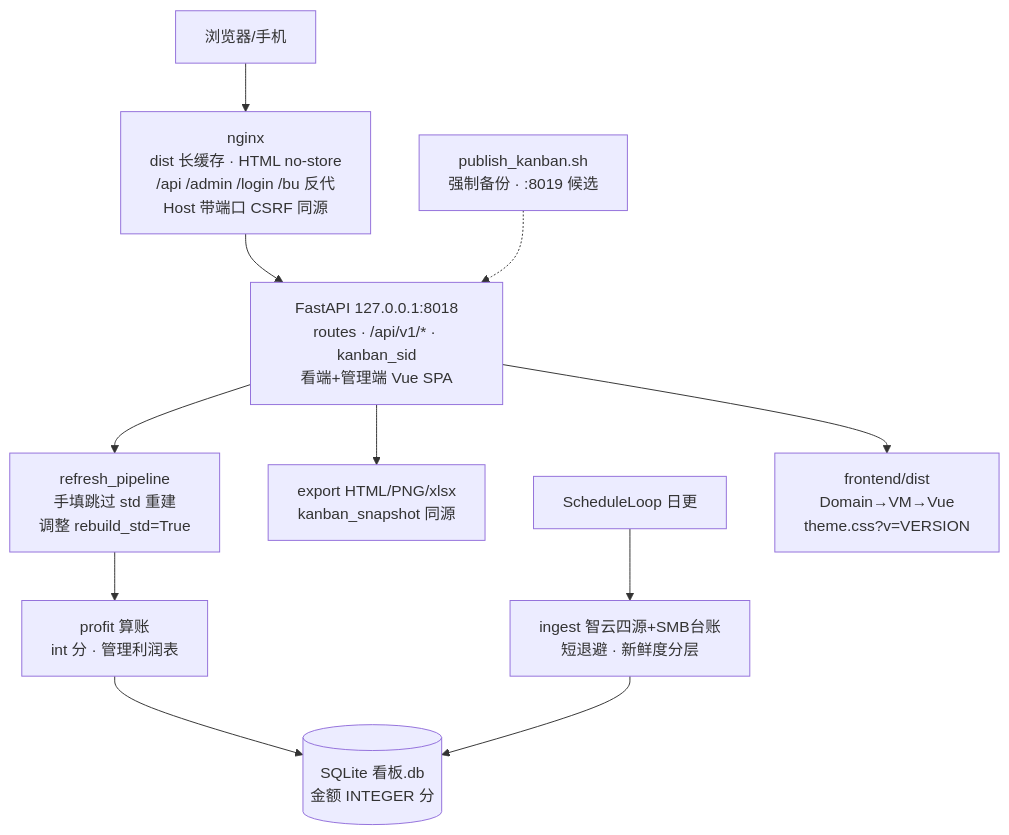
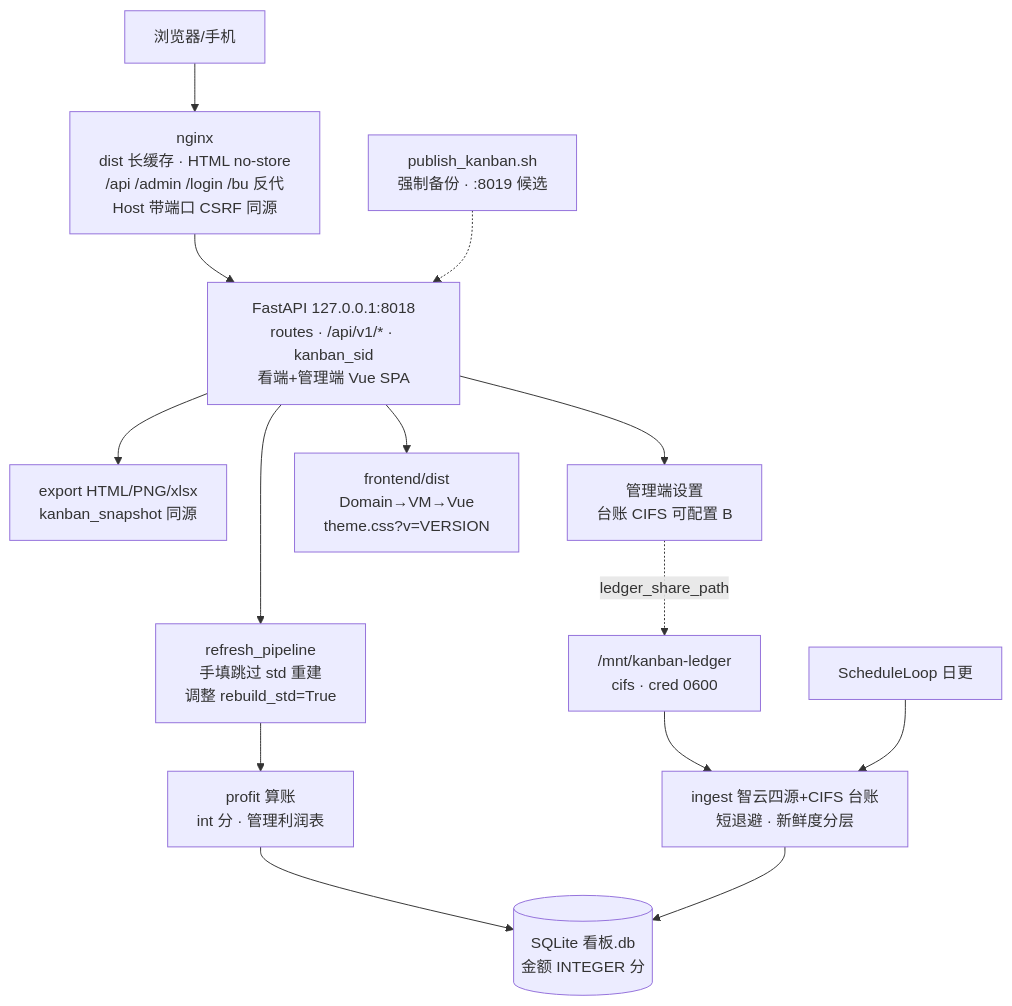
The diagram in docs/设计图/02_概要设计_系统架构图.mmd (EvanLee2004/BI), drawn with Mermaid before and after one commit. The commit also changed 24 other files, not shown here.

First line of the commit message:
docs(3.7.15): align living docs and architecture diagrams to CIFS/PROD

```diff
--- a/docs/设计图/02_概要设计_系统架构图.mmd
+++ b/docs/设计图/02_概要设计_系统架构图.mmd
@@ -1,14 +1,17 @@
-%% 系统架构 · VERSION 3.7.7 · 2026-08-03
+%% 系统架构 · VERSION 3.7.15 · 2026-08-05
 flowchart TB
   U[浏览器/手机] --> NGX
   NGX["nginx<br/>dist 长缓存 · HTML no-store<br/>/api /admin /login /bu 反代<br/>Host 带端口 CSRF 同源"]
   NGX --> API
   API["FastAPI 127.0.0.1:8018<br/>routes · /api/v1/* · kanban_sid<br/>看端+管理端 Vue SPA"]
   API --> RP["refresh_pipeline<br/>手填跳过 std 重建<br/>调整 rebuild_std=True"]
   API --> EXP["export HTML/PNG/xlsx<br/>kanban_snapshot 同源"]
+  API --> SET["管理端设置<br/>台账 CIFS 可配置 B"]
   RP --> DOM["profit 算账<br/>int 分 · 管理利润表"]
   DOM --> DB[(SQLite 看板.db<br/>金额 INTEGER 分)]
-  ING["ingest 智云四源+SMB台账<br/>短退避 · 新鲜度分层"] --> DB
+  ING["ingest 智云四源+CIFS 台账<br/>短退避 · 新鲜度分层"] --> DB
+  CIFS["/mnt/kanban-ledger<br/>cifs · cred 0600"] --> ING
+  SET -.->|ledger_share_path| CIFS
   LOOP[ScheduleLoop 日更] --> ING
   API --> DIST["frontend/dist<br/>Domain→VM→Vue<br/>theme.css?v=VERSION"]
   PUB["publish_kanban.sh<br/>强制备份 · :8019 候选"] -.-> API
```
